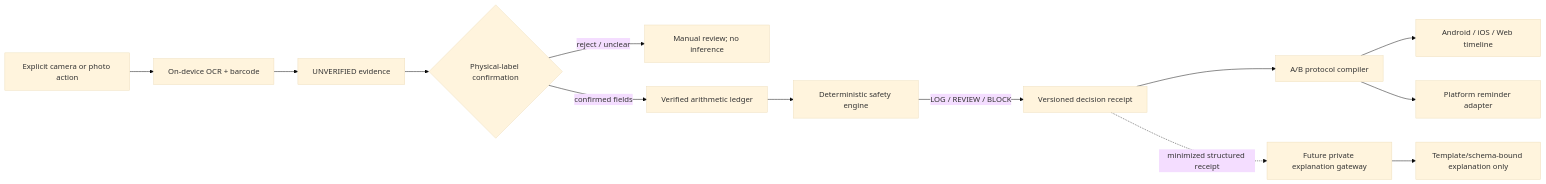
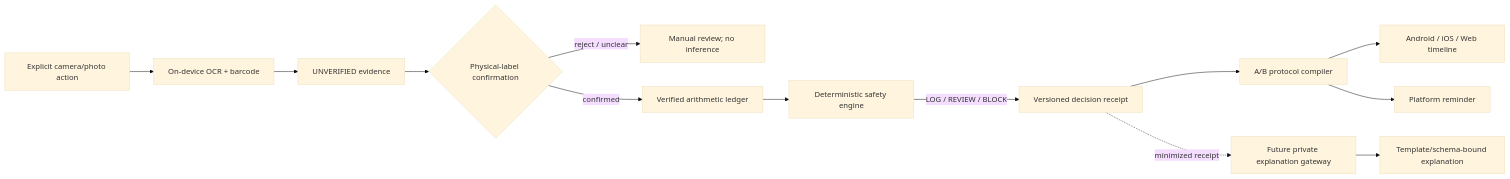
The first of 4 diagrams in README.md (ed3c/gym-come-true), drawn with Mermaid (base theme) before and after one commit. The commit also changed other lines of this file and 4 other files, not shown here.

````diff
--- a/README.md
+++ b/README.md
@@ -99,15 +97,15 @@
 ```mermaid
 flowchart LR
-    Capture[Explicit camera or photo action] --> OCR[On-device OCR + barcode]
+    Capture[Explicit camera/photo action] --> OCR[On-device OCR + barcode]
     OCR --> Candidate[UNVERIFIED evidence]
     Candidate --> Confirm{Physical-label confirmation}
     Confirm -->|reject / unclear| Review[Manual review; no inference]
-    Confirm -->|confirmed fields| Ledger[Verified arithmetic ledger]
+    Confirm -->|confirmed| Ledger[Verified arithmetic ledger]
     Ledger --> Safety[Deterministic safety engine]
     Safety -->|LOG / REVIEW / BLOCK| Receipt[Versioned decision receipt]
     Receipt --> Protocol[A/B protocol compiler]
     Protocol --> UI[Android / iOS / Web timeline]
-    Protocol --> Reminder[Platform reminder adapter]
-    Receipt -. minimized structured receipt .-> Gateway[Future private explanation gateway]
-    Gateway --> Explain[Template/schema-bound explanation only]
+    Protocol --> Reminder[Platform reminder]
+    Receipt -. minimized receipt .-> Gateway[Future private explanation gateway]
+    Gateway --> Explain[Template/schema-bound explanation]
 ```
````
